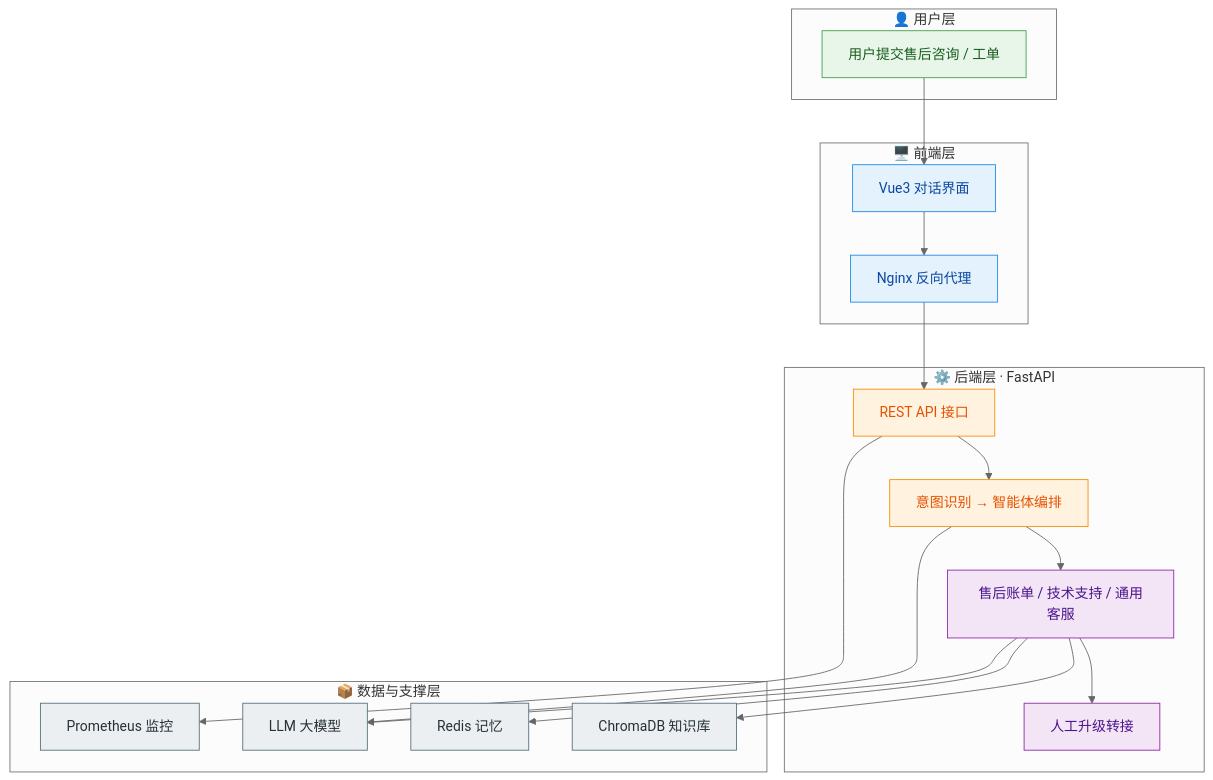
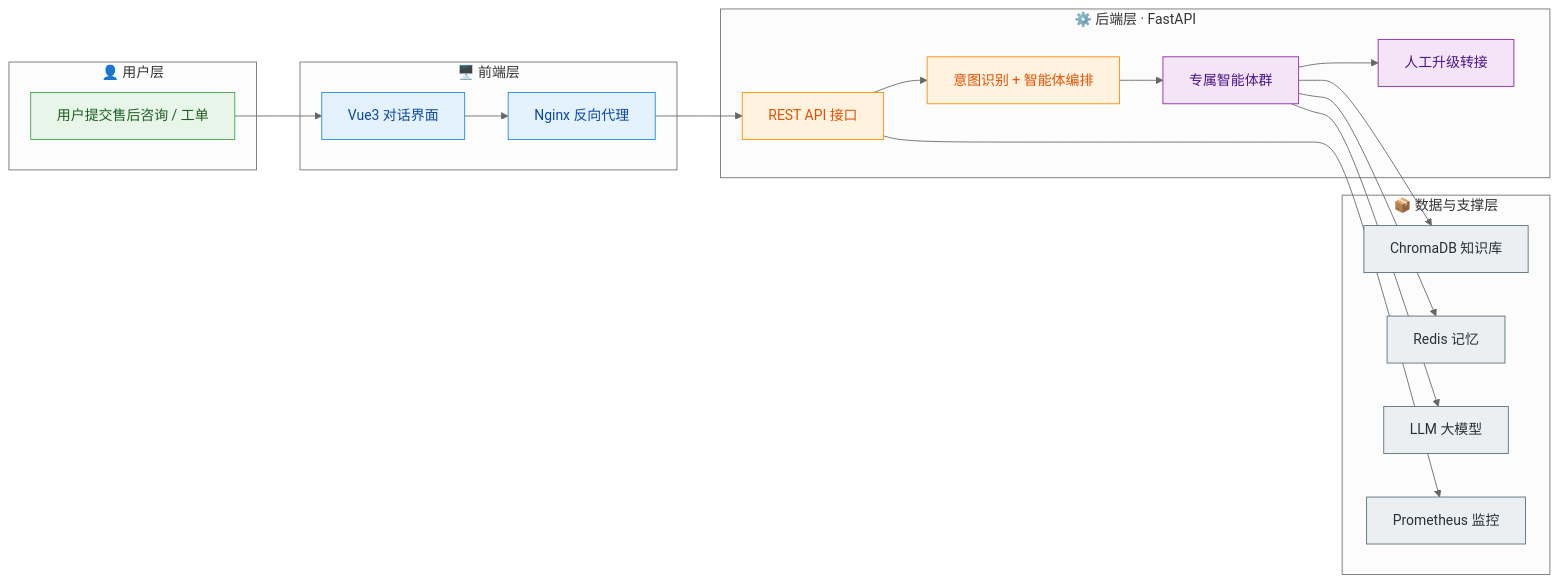
Before and after one commit to caoying-1026/After-sales-Work-Order-Distribution-System-Based-on-Multi-Agent: the diagram in README.md, drawn with Mermaid (neutral theme).

Commit message:
docs: 架构图改为横向分层布局，消除两侧留白

````diff
--- a/README.md
+++ b/README.md
@@ -23,47 +23,47 @@
 ```mermaid
-flowchart TB
+flowchart LR
     subgraph U["👤 用户层"]
         U1["用户提交售后咨询 / 工单"]
     end
 
     subgraph FE["🖥️ 前端层"]
         F1["Vue3 对话界面"]
         F2["Nginx 反向代理"]
     end
 
     subgraph BE["⚙️ 后端层 · FastAPI"]
         API["REST API 接口"]
-        ORCH["意图识别 → 智能体编排"]
-        AGENTS["售后账单 / 技术支持 / 通用客服"]
+        ORCH["意图识别 + 智能体编排"]
+        AGENTS["专属智能体群"]
         ESC["人工升级转接"]
     end
 
     subgraph DS["📦 数据与支撑层"]
         KB["ChromaDB 知识库"]
         MEM["Redis 记忆"]
         LLM["LLM 大模型"]
         MON["Prometheus 监控"]
     end
 
-    U1 --> F1 --> F2
+    U1 --> F1
+    F1 --> F2
     F2 --> API
     API --> ORCH
     ORCH --> AGENTS
     AGENTS --> ESC
     AGENTS --> KB
     AGENTS --> MEM
-    ORCH --> LLM
     AGENTS --> LLM
     API --> MON
 
     classDef user fill:#e8f5e9,stroke:#43a047,color:#1b5e20
     classDef front fill:#e3f2fd,stroke:#1e88e5,color:#0d47a1
     classDef api fill:#fff3e0,stroke:#fb8c00,color:#e65100
     classDef agent fill:#f3e5f5,stroke:#8e24aa,color:#4a148c
     classDef infra fill:#eceff1,stroke:#546e7a,color:#263238
     class U1 user
     class F1,F2 front
     class API,ORCH api
     class AGENTS,ESC agent
     class KB,MEM,LLM,MON infra
 ```
````
